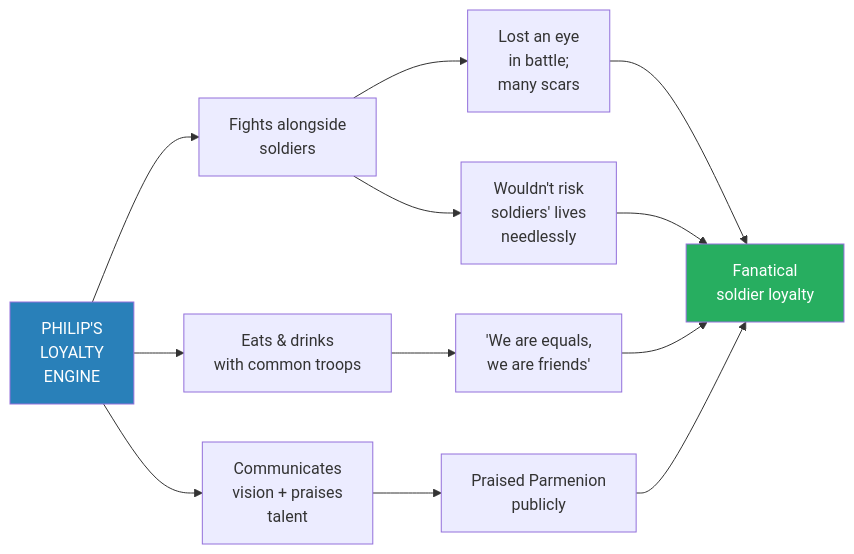
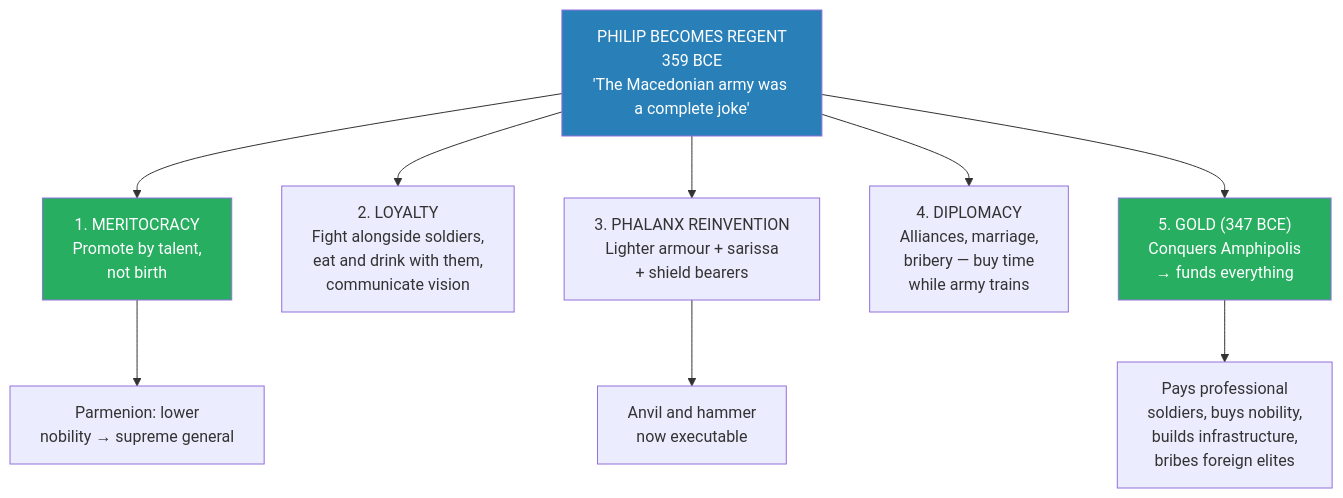
The sixth of 9 diagrams in summaries/Lectures/Civilization/11 - The Greatness of Philip II of Macedon.md (alius33/reader), drawn with Mermaid before and after one commit. The commit also changed other lines of this file and 26 other files, not shown here.

````diff
--- a/summaries/Lectures/Civilization/11 - The Greatness of Philip II of Macedon.md
+++ b/summaries/Lectures/Civilization/11 - The Greatness of Philip II of Macedon.md
@@ -170,16 +275,15 @@
 ```mermaid
-flowchart LR
-    P["PHILIP'S<br/>LOYALTY<br/>ENGINE"] --> A["Fights alongside<br/>soldiers"]
-    P --> B["Eats & drinks<br/>with common troops"]
-    P --> C["Communicates<br/>vision + praises<br/>talent"]
-    A --> A1["Lost an eye<br/>in battle;<br/>many scars"]
-    A1 --> L["Fanatical<br/>soldier loyalty"]
-    B --> B1["'We are equals,<br/>we are friends'"]
-    B1 --> L
-    C --> C1["Praised Parmenion<br/>publicly"]
-    C1 --> L
-    A --> A2["Wouldn't risk<br/>soldiers' lives<br/>needlessly"]
-    A2 --> L
+flowchart TB
+    P["PHILIP BECOMES REGENT<br/>359 BCE<br/>'The Macedonian army was a complete joke'"]
+    P --> M["1. MERITOCRACY<br/>Promote by talent,<br/>not birth"]
+    P --> L["2. LOYALTY<br/>Fight alongside soldiers,<br/>eat and drink with them,<br/>communicate vision"]
+    P --> PH["3. PHALANX REINVENTION<br/>Lighter armour + sarissa<br/>+ shield bearers"]
+    P --> D["4. DIPLOMACY<br/>Alliances, marriage,<br/>bribery — buy time<br/>while army trains"]
+    P --> G["5. GOLD (347 BCE)<br/>Conquers Amphipolis<br/>→ funds everything"]
+    M --> PA["Parmenion: lower<br/>nobility → supreme general"]
+    PH --> AH["Anvil and hammer<br/>now executable"]
+    G --> PS["Pays professional<br/>soldiers, buys nobility,<br/>builds infrastructure,<br/>bribes foreign elites"]
     style P fill:#2980b9,color:#fff
-    style L fill:#27ae60,color:#fff
+    style M fill:#27ae60,color:#fff
+    style G fill:#27ae60,color:#fff
 ```
````
